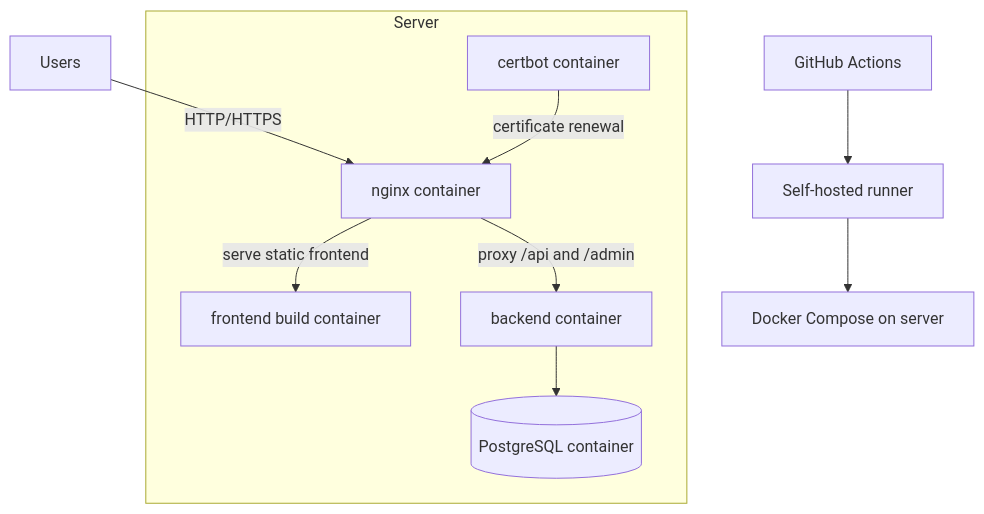
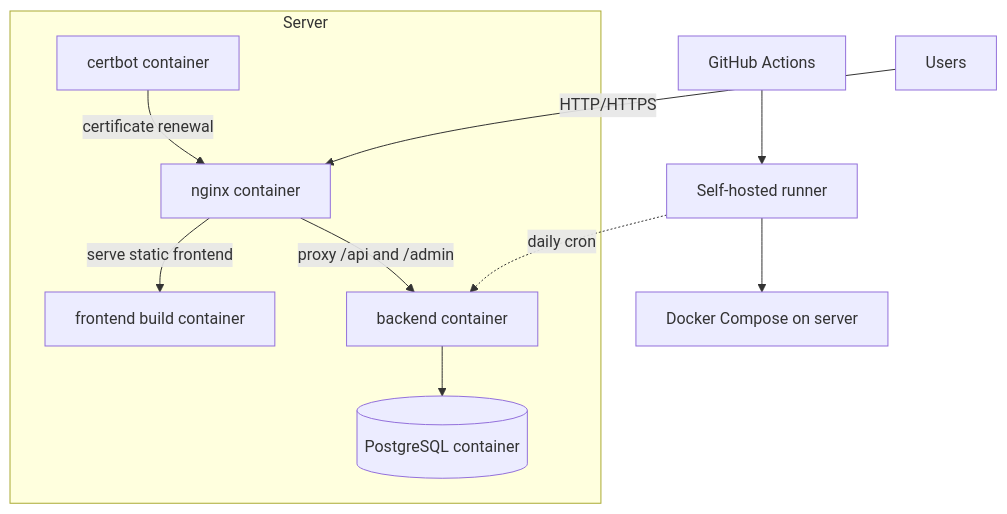
Before and after one commit to SELab-2/viernulvier-2: the first of 2 diagrams in wiki/Architecture.md, drawn with Mermaid. The commit also changed other lines of this file and 5 other files, not shown here.

````diff
--- a/wiki/Architecture.md
+++ b/wiki/Architecture.md
@@ -22,19 +22,20 @@
 ```mermaid
 flowchart TD
     GH[GitHub Actions] --> R[Self-hosted runner]
     R --> C[Docker Compose on server]
+    R -.daily cron.-> B
 
     subgraph Server
         N[nginx container]
         F[frontend build container]
         B[backend container]
         D[(PostgreSQL container)]
         CB[certbot container]
     end
 
     U[Users] -->|HTTP/HTTPS| N
     N -->|serve static frontend| F
     N -->|proxy /api and /admin| B
     B --> D
     CB -->|certificate renewal| N
 ```
````
